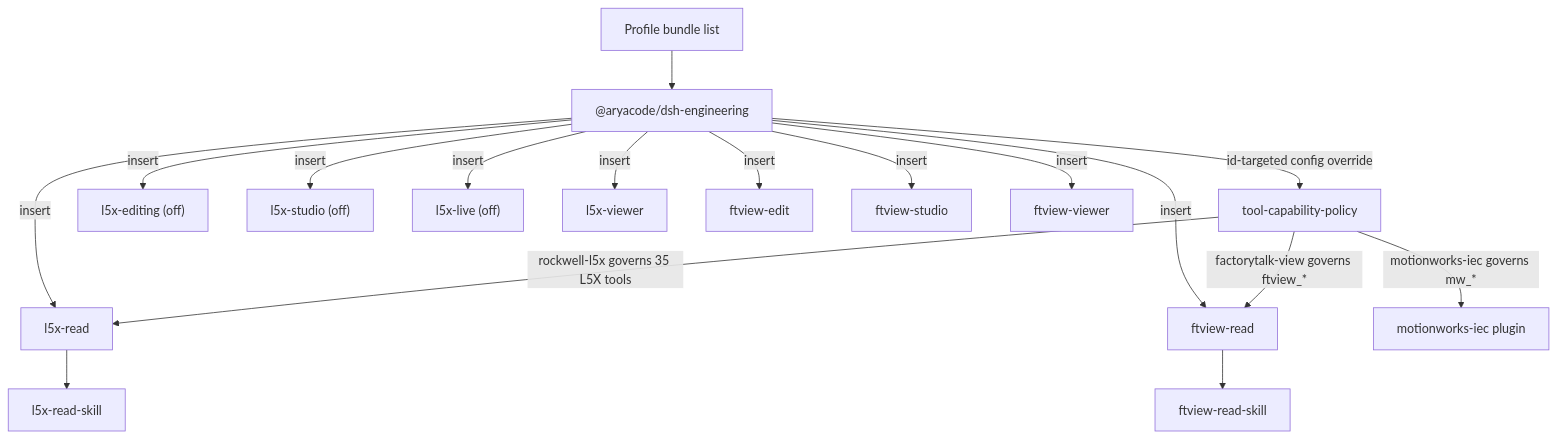
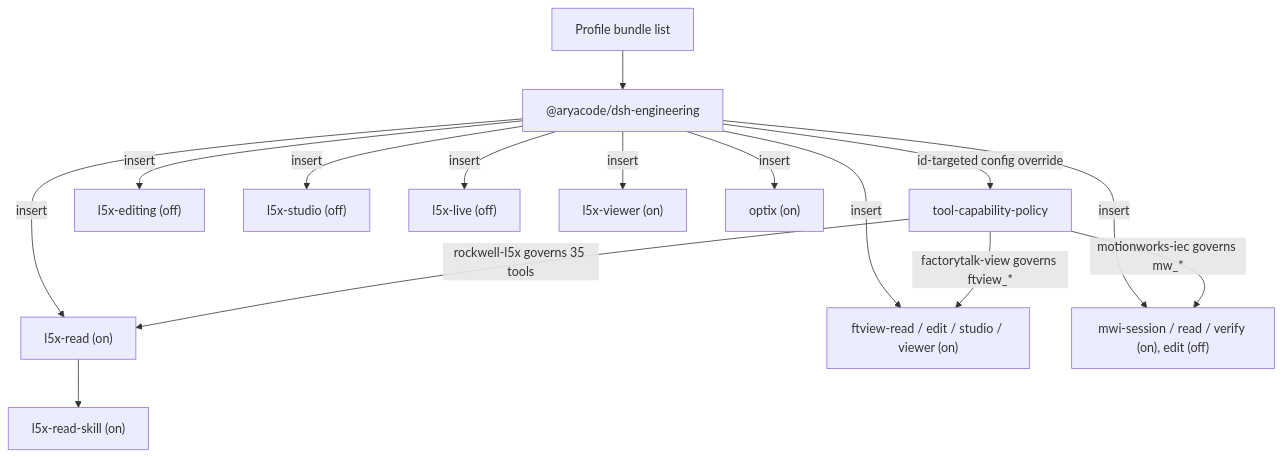
One commit to KonnectSuite/dsh-engineering changed the diagram in README.md. Above: the diagram before and after it, drawn with Mermaid. The commit also changed other lines of this file and 11 other files, not shown here.

````diff
--- a/README.md
+++ b/README.md
@@ -66,19 +133,17 @@
 ```mermaid
 flowchart TB
   Profile["Profile bundle list"] --> Bundle["@aryacode/dsh-engineering"]
   Bundle -->|"id-targeted config override"| Policy["tool-capability-policy"]
-  Bundle -->|insert| L5XRead["l5x-read"]
-  L5XRead --> L5XSkill["l5x-read-skill"]
+  Bundle -->|insert| L5XRead["l5x-read (on)"]
+  L5XRead --> L5XSkill["l5x-read-skill (on)"]
   Bundle -->|insert| L5XEdit["l5x-editing (off)"]
   Bundle -->|insert| L5XStudio["l5x-studio (off)"]
   Bundle -->|insert| L5XLive["l5x-live (off)"]
-  Bundle -->|insert| L5XViewer["l5x-viewer"]
-  Bundle -->|insert| FTVRead["ftview-read"]
-  FTVRead --> FTVSkill["ftview-read-skill"]
-  Bundle -->|insert| FTVEdit["ftview-edit"]
-  Bundle -->|insert| FTVStudio["ftview-studio"]
-  Bundle -->|insert| FTVViewer["ftview-viewer"]
-  Policy -->|"rockwell-l5x governs 35 L5X tools"| L5XRead
-  Policy -->|"factorytalk-view governs ftview_*"| FTVRead
-  Policy -->|"motionworks-iec governs mw_*"| MW["motionworks-iec plugin"]
+  Bundle -->|insert| L5XViewer["l5x-viewer (on)"]
+  Bundle -->|insert| FTV["ftview-read / edit / studio / viewer (on)"]
+  Bundle -->|insert| MWI["mwi-session / read / verify (on), edit (off)"]
+  Bundle -->|insert| Optix["optix (on)"]
+  Policy -->|"rockwell-l5x governs 35 tools"| L5XRead
+  Policy -->|"factorytalk-view governs ftview_*"| FTV
+  Policy -->|"motionworks-iec governs mw_*"| MWI
 ```
````
